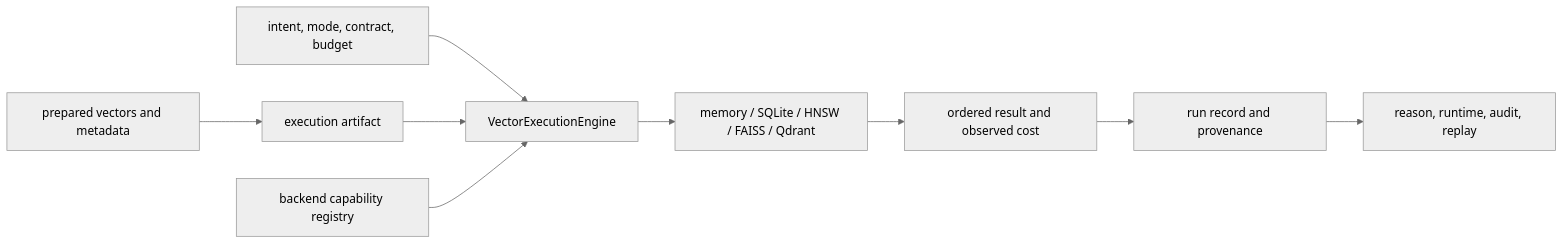
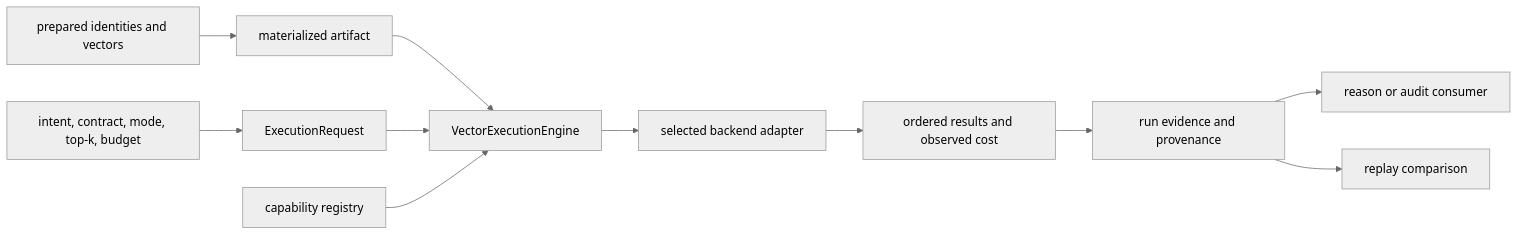
The first of 2 diagrams in docs/03-bijux-canon-index/architecture/integration-seams.md (bijux/bijux-canon), drawn with Mermaid (neutral theme) before and after one commit. The commit also changed other lines of this file and 1 other file, not shown here.

Commit message:
docs(index): define backend and retention contracts

````diff
--- a/docs/03-bijux-canon-index/architecture/integration-seams.md
+++ b/docs/03-bijux-canon-index/architecture/integration-seams.md
@@ -19,11 +19,13 @@
 ```mermaid
 flowchart LR
-    prepared["prepared vectors and metadata"] --> artifact["execution artifact"]
-    request["intent, mode, contract, budget"] --> engine["VectorExecutionEngine"]
-    artifact --> engine
-    registry["backend capability registry"] --> engine
-    engine --> backend["memory / SQLite / HNSW / FAISS / Qdrant"]
-    backend --> result["ordered result and observed cost"]
-    result --> evidence["run record and provenance"]
-    evidence --> downstream["reason, runtime, audit, replay"]
+    ingest["prepared identities and vectors"] --> artifact["materialized artifact"]
+    caller["intent, contract, mode, top-k, budget"] --> request["ExecutionRequest"]
+    artifact --> engine["VectorExecutionEngine"]
+    request --> engine
+    registry["capability registry"] --> engine
+    engine --> adapter["selected backend adapter"]
+    adapter --> result["ordered results and observed cost"]
+    result --> record["run evidence and provenance"]
+    record --> reason["reason or audit consumer"]
+    record --> replay["replay comparison"]
 ```
````
